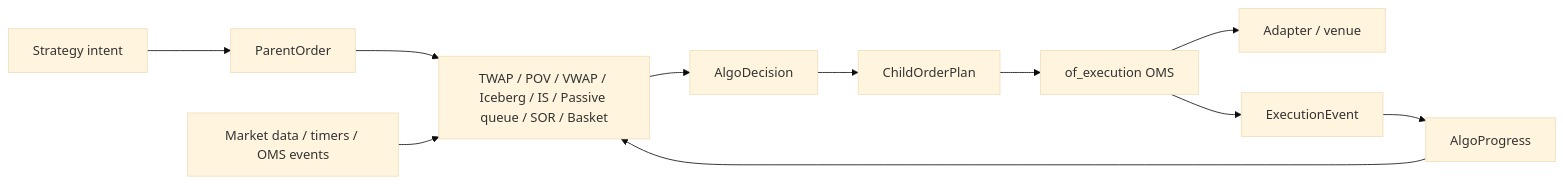
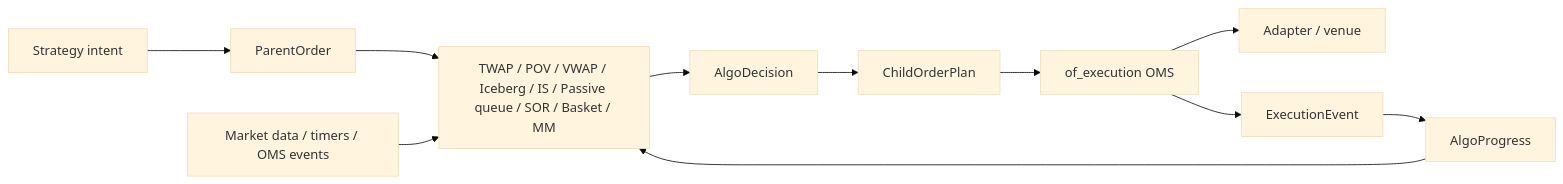
Before and after one commit to gregorian-09/orderflow: the diagram in crates/of_execution_algos/README.md, drawn with Mermaid (base theme). The commit also changed other lines of this file and 5 other files, not shown here.

````diff
--- a/crates/of_execution_algos/README.md
+++ b/crates/of_execution_algos/README.md
@@ -43,13 +45,13 @@
 ```mermaid
 flowchart LR
     Strategy[Strategy intent] --> Parent[ParentOrder]
-    Parent --> Algo[TWAP / POV / VWAP / Iceberg / IS / Passive queue / SOR / Basket]
+    Parent --> Algo[TWAP / POV / VWAP / Iceberg / IS / Passive queue / SOR / Basket / MM]
     Market[Market data / timers / OMS events] --> Algo
     Algo --> Decision[AlgoDecision]
     Decision --> Child[ChildOrderPlan]
     Child --> OMS[of_execution OMS]
     OMS --> Venue[Adapter / venue]
     OMS --> Events[ExecutionEvent]
     Events --> Progress[AlgoProgress]
     Progress --> Algo
 ```
````
